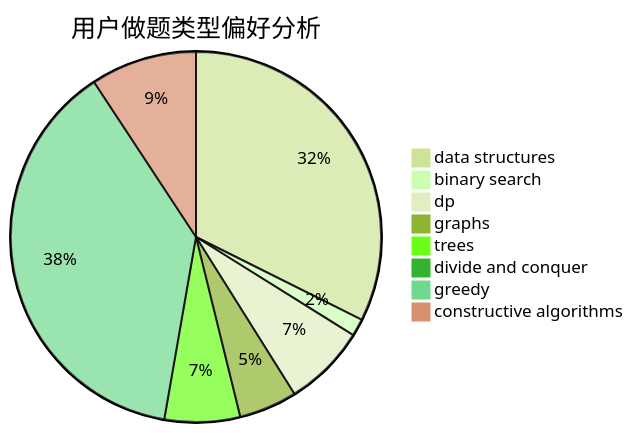
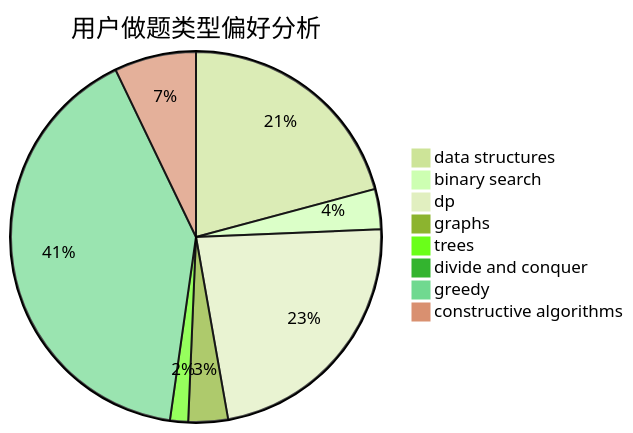
The second of 3 diagrams in docs/user/u1999.md (sherpahu/cfrs.github.io), drawn with Mermaid (forest theme) before and after one commit. The commit also changed other lines of this file and 2770 other files, not shown here.

````diff
--- a/docs/user/u1999.md
+++ b/docs/user/u1999.md
@@ -23,11 +23,11 @@
 ```mermaid
 pie title 用户做题类型偏好分析
-    "data structures" :  472
-    "binary search" :  22
-    "dp" :  105
-    "graphs" :  74
-    "trees" :  96
+    "data structures" :  356
+    "binary search" :  60
+    "dp" :  391
+    "graphs" :  59
+    "trees" :  27
     "divide and conquer" :  0
-    "greedy" :  554
-    "constructive algorithms" :  135
+    "greedy" :  694
+    "constructive algorithms" :  122
 ```
````
